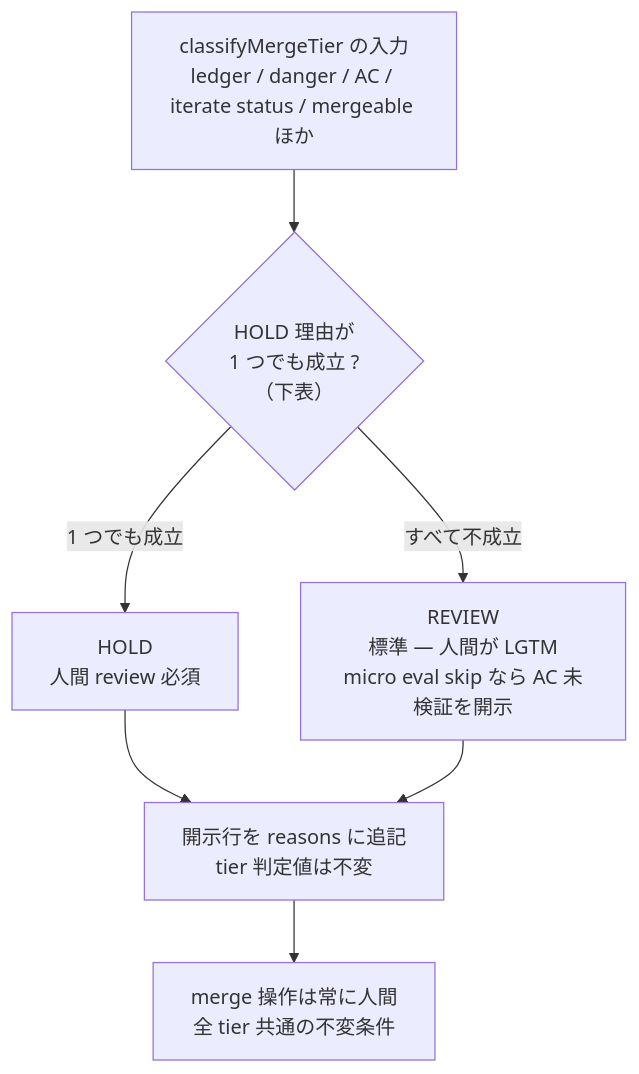
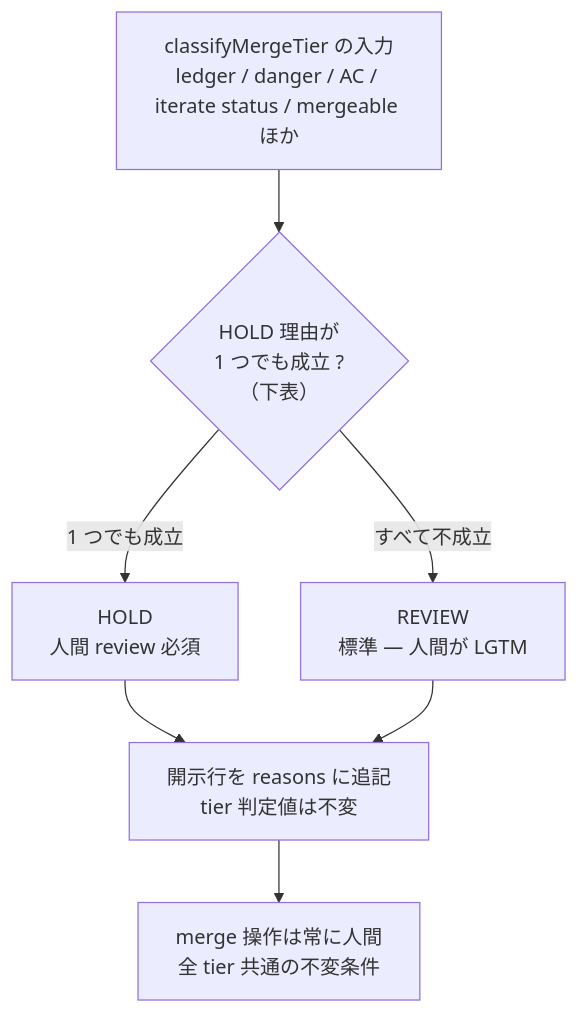
One commit to it-all-playpark/claude-plugins changed diagram 13 of 13 in docs/dev-flow-atlas.md. Above: the diagram before and after it, drawn with Mermaid. The commit also changed other lines of this file and 24 other files, not shown here.

First line of the commit message:
fix(dev-flow): micro の run でも evaluator に AC を判定させ、AI が判定できる AC を人間のレビューに回さない (#1382)

````diff
--- a/docs/dev-flow-atlas.md
+++ b/docs/dev-flow-atlas.md
@@ -412,11 +412,11 @@
 ```mermaid
 flowchart TD
     IN["classifyMergeTier の入力<br/>ledger / danger / AC / iterate status / mergeable ほか"] --> H{"HOLD 理由が<br/>1 つでも成立 ?<br/>（下表）"}
 
     H -->|"1 つでも成立"| HOLD["HOLD<br/>人間 review 必須"]
-    H -->|"すべて不成立"| REVIEW["REVIEW<br/>標準 — 人間が LGTM<br/>micro eval skip なら AC 未検証を開示"]
+    H -->|"すべて不成立"| REVIEW["REVIEW<br/>標準 — 人間が LGTM"]
 
     HOLD --> D["開示行を reasons に追記<br/>tier 判定値は不変"]
     REVIEW --> D
     D --> M["merge 操作は常に人間<br/>全 tier 共通の不変条件"]
 ```
````
